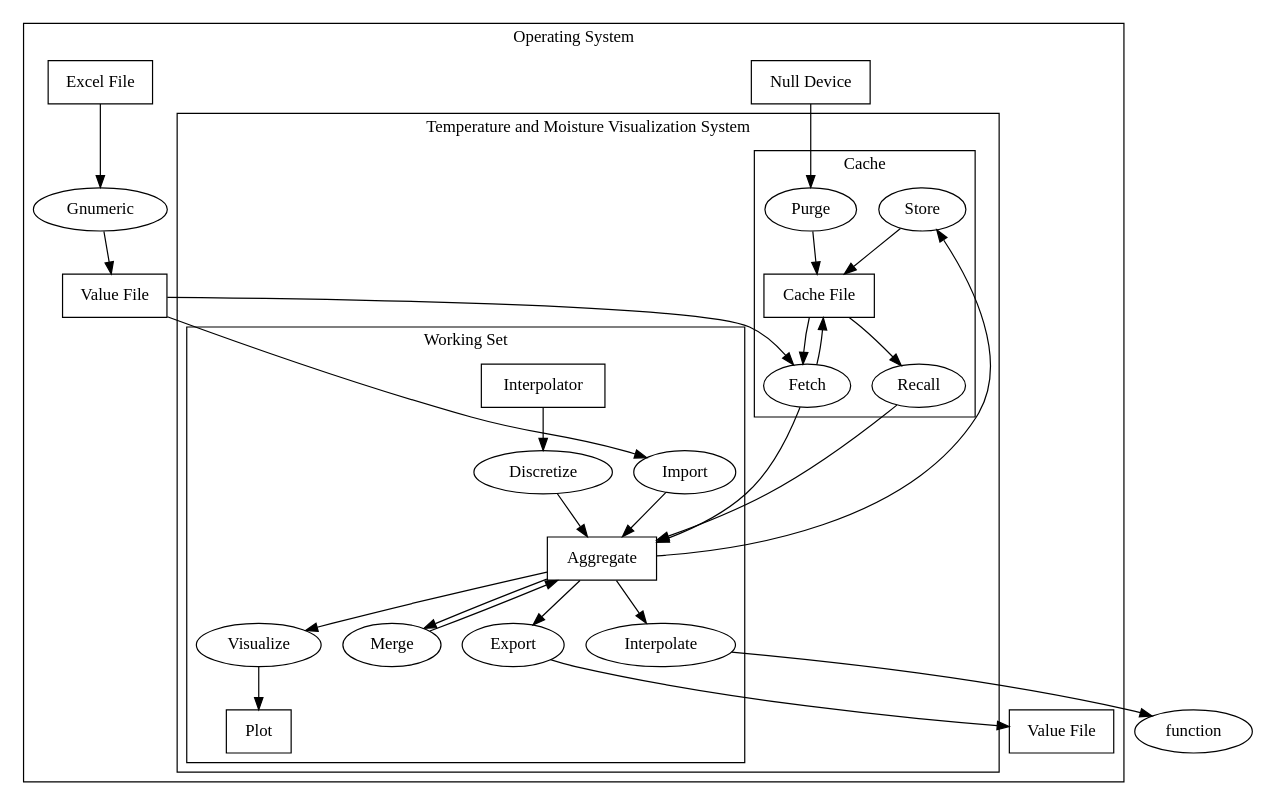
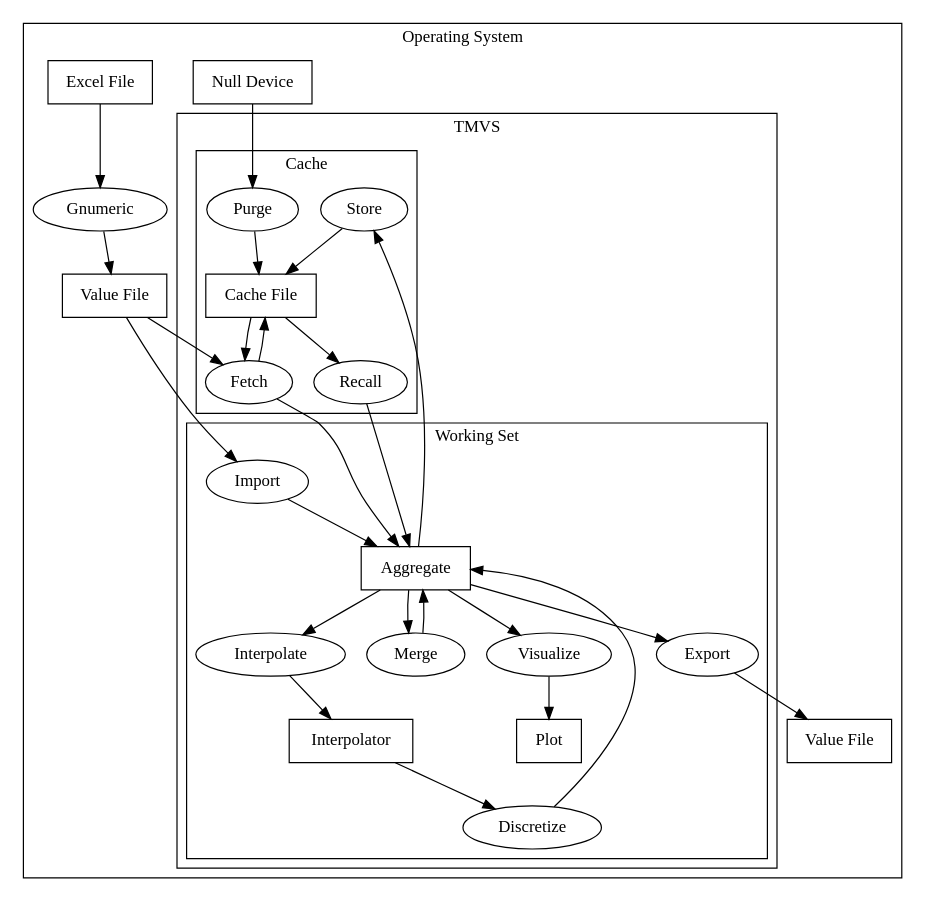
One commit to Tuplanolla/tmvs changed the diagram in data-flow.dot. Above: the diagram before and after it, drawn with Graphviz. The commit also changed 19 other files, not shown here.

```diff
--- a/data-flow.dot
+++ b/data-flow.dot
@@ -1,64 +1,64 @@
 digraph {
   subgraph cluster_os {
     label = "Operating System"
 
     node [shape = box]
     null [label = "Null Device"]
     xlsr [label = "Excel File"]
     csvr [label = "Value File"]
     csvw [label = "Value File"]
 
     node [shape = oval]
     gnumeric [label = "Gnumeric"]
 
     subgraph cluster_tmvs {
-      label = "Temperature and Moisture Visualization System"
+      label = "TMVS"
 
       subgraph cluster_ws {
         label = "Working Set"
 
         node [shape = box]
         aggr [label = "Aggregate"]
         interp [label = "Interpolator"]
         plot [label = "Plot"]
 
         node [shape = oval]
         import [label = "Import"]
         interpolate [label = "Interpolate"]
         discretize [label = "Discretize"]
         merge [label = "Merge"]
         visualize [label = "Visualize"]
         export [label = "Export"]
       }
 
       subgraph cluster_cache {
         label = "Cache"
 
         node [shape = box]
         cache [label = "Cache File"]
 
         node [shape = oval]
         store [label = "Store"]
         recall [label = "Recall"]
         fetch [label = "Fetch"]
         purge [label = "Purge"]
       }
     }
   }
 
   xlsr -> gnumeric -> csvr
   csvr -> import -> aggr
-  aggr -> interpolate -> function
+  aggr -> interpolate -> interp
   interp -> discretize -> aggr
   aggr -> merge -> aggr
   aggr -> visualize -> plot
   aggr -> store -> cache
   cache -> recall -> aggr
   csvr -> fetch -> aggr
   cache -> fetch -> cache
   null -> purge -> cache
   aggr -> export -> csvw
 
   fetch -> import [style = invis]
   recall -> import [style = invis]
 }
```
